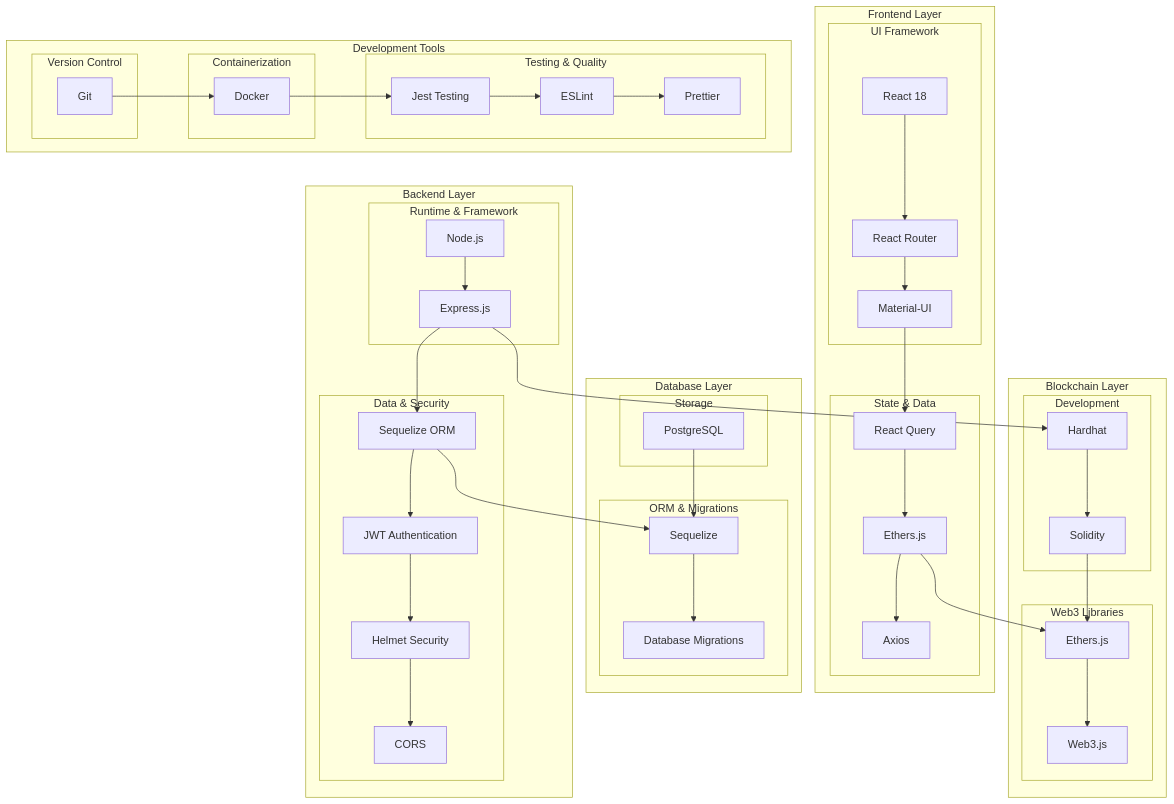
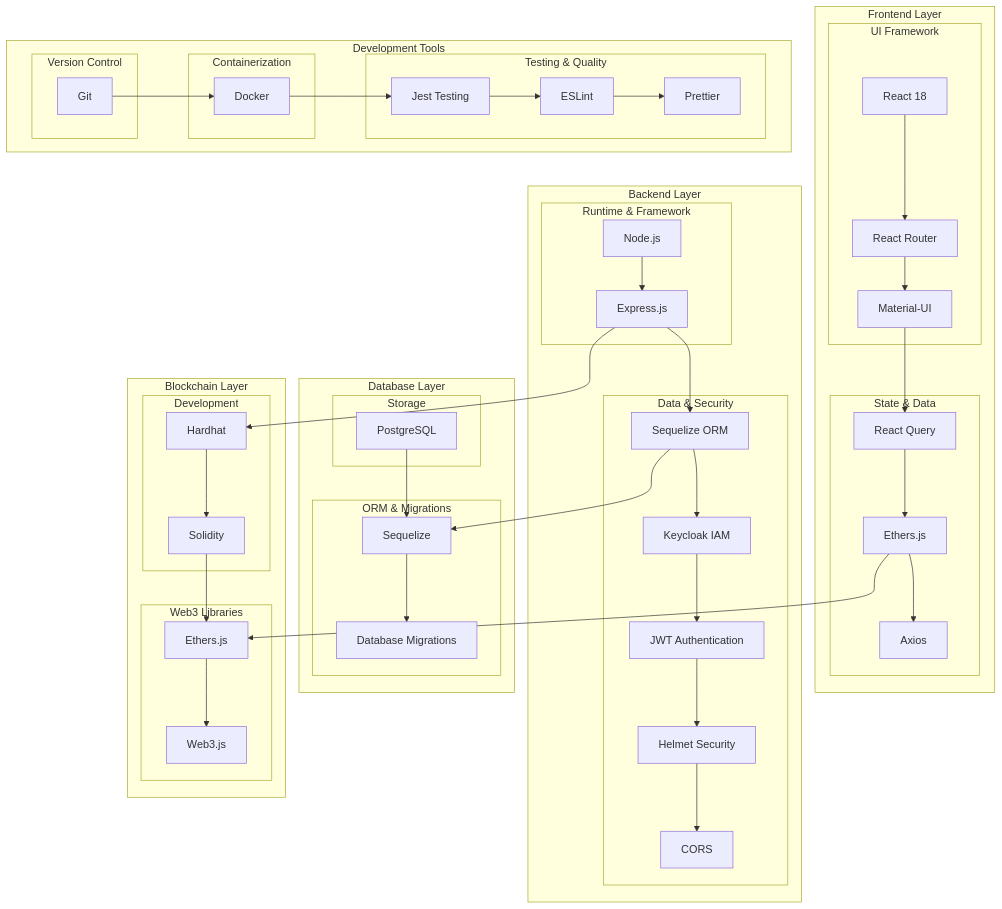
Before and after one commit to gitmujoshi/Confidential-AI-Network: the second of 11 diagrams in ARCHITECTURE_GUIDE.md, drawn with Mermaid. The commit also changed other lines of this file and 6 other files, not shown here.

First line of the commit message:
docs: update all documentation with Keycloak IAM integration features

```diff
--- a/ARCHITECTURE_GUIDE.md
+++ b/ARCHITECTURE_GUIDE.md
@@ -107,9 +130,10 @@
         
         subgraph "Data & Security"
             B3[Sequelize ORM]
-            B4[JWT Authentication]
-            B5[Helmet Security]
-            B6[CORS]
+            B4[Keycloak IAM]
+            B5[JWT Authentication]
+            B6[Helmet Security]
+            B7[CORS]
         end
     end
     
@@ -165,6 +189,7 @@
     B3 --> B4
     B4 --> B5
     B5 --> B6
+    B6 --> B7
     
     %% Database connections
     DB1 --> DB2
```
